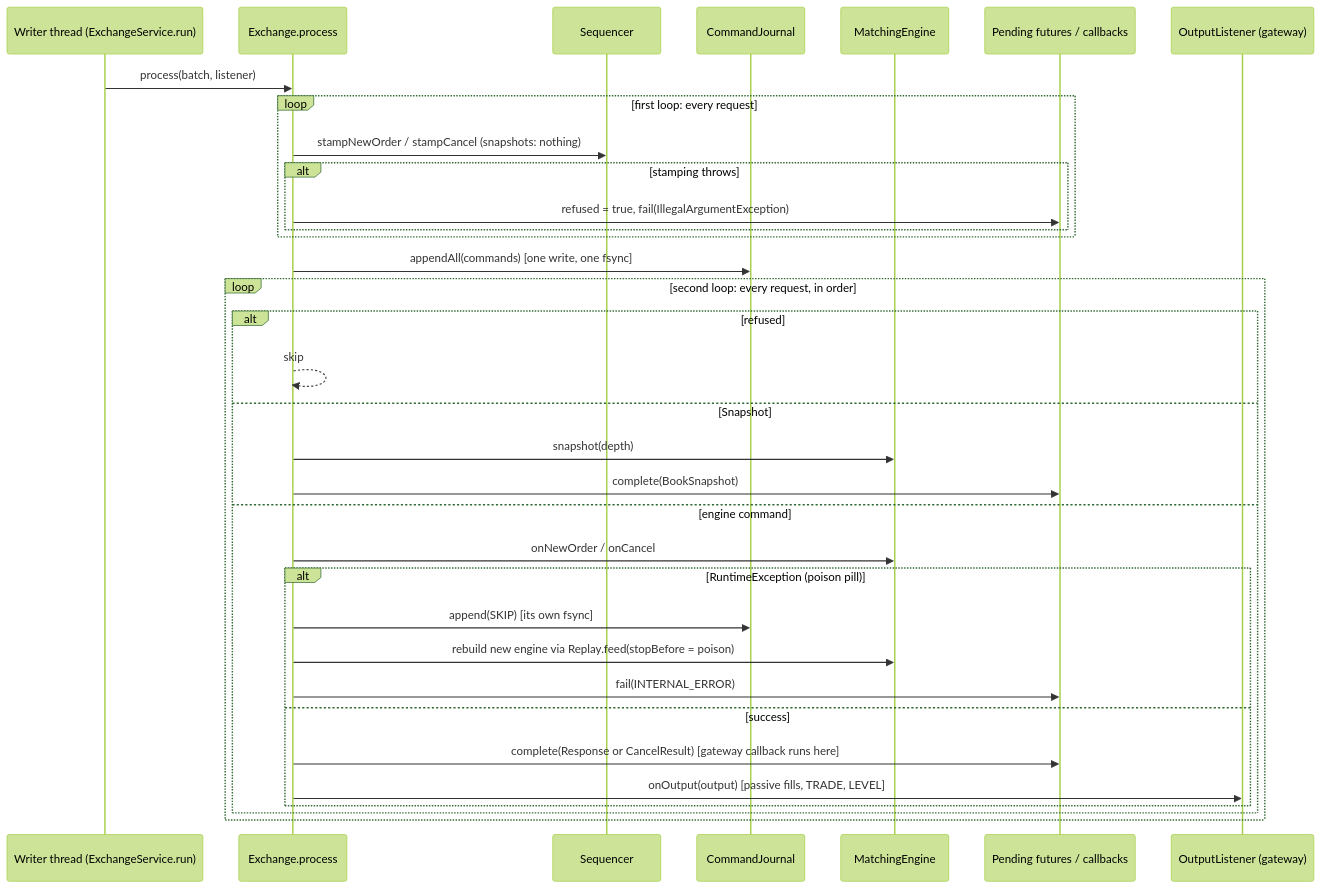
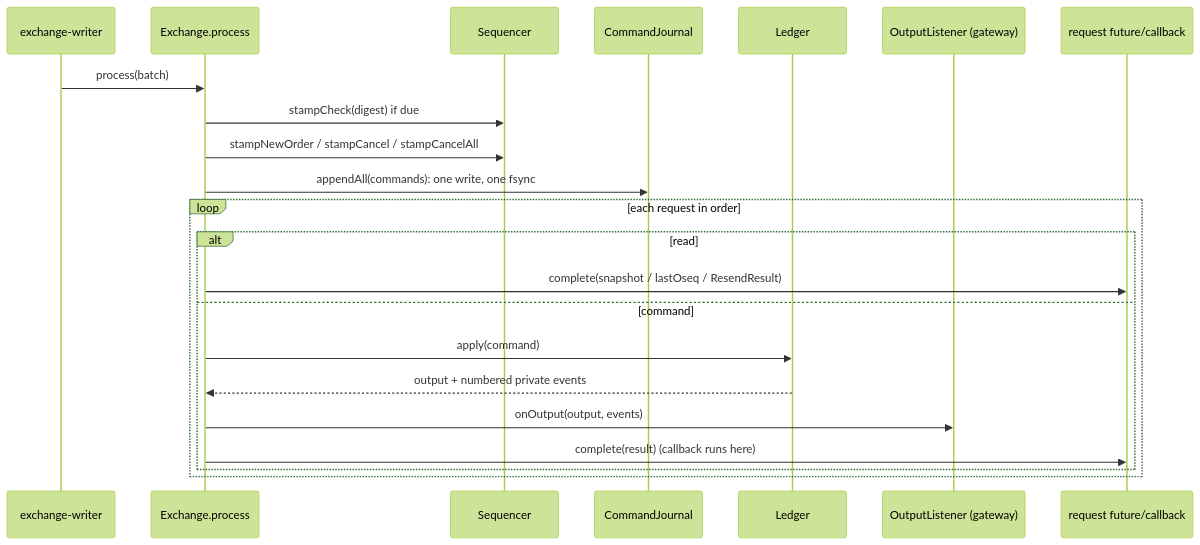
Before and after one commit to SampannaNampalli/ExchangeSystem: the second of 2 diagrams in docs/understanding/07-modules/exchange-and-replay.md, drawn with Mermaid (forest theme). The commit also changed other lines of this file and 30 other files, not shown here.

````diff
--- a/docs/understanding/07-modules/exchange-and-replay.md
+++ b/docs/understanding/07-modules/exchange-and-replay.md
@@ -386,36 +212,24 @@
 ```mermaid
 sequenceDiagram
-    participant W as Writer thread (ExchangeService.run)
+    participant W as exchange-writer
     participant X as Exchange.process
     participant S as Sequencer
     participant J as CommandJournal
-    participant E as MatchingEngine
-    participant F as Pending futures / callbacks
-    participant L as OutputListener (gateway)
-    W->>X: process(batch, listener)
-    loop first loop: every request
-        X->>S: stampNewOrder / stampCancel (snapshots: nothing)
-        alt stamping throws
-            X->>F: refused = true, fail(IllegalArgumentException)
-        end
-    end
-    X->>J: appendAll(commands)  [one write, one fsync]
-    loop second loop: every request, in order
-        alt refused
-            X-->>X: skip
-        else Snapshot
-            X->>E: snapshot(depth)
-            X->>F: complete(BookSnapshot)
-        else engine command
-            X->>E: onNewOrder / onCancel
-            alt RuntimeException (poison pill)
-                X->>J: append(SKIP)  [its own fsync]
-                X->>E: rebuild new engine via Replay.feed(stopBefore = poison)
-                X->>F: fail(INTERNAL_ERROR)
-            else success
-                X->>F: complete(Response or CancelResult)  [gateway callback runs here]
-                X->>L: onOutput(output)  [passive fills, TRADE, LEVEL]
-            end
+    participant L as Ledger
+    participant G as OutputListener (gateway)
+    participant F as request future/callback
+    W->>X: process(batch)
+    X->>S: stampCheck(digest) if due
+    X->>S: stampNewOrder / stampCancel / stampCancelAll
+    X->>J: appendAll(commands): one write, one fsync
+    loop each request in order
+        alt read
+            X->>F: complete(snapshot / lastOseq / ResendResult)
+        else command
+            X->>L: apply(command)
+            L-->>X: output + numbered private events
+            X->>G: onOutput(output, events)
+            X->>F: complete(result) (callback runs here)
         end
     end
 ```
````
